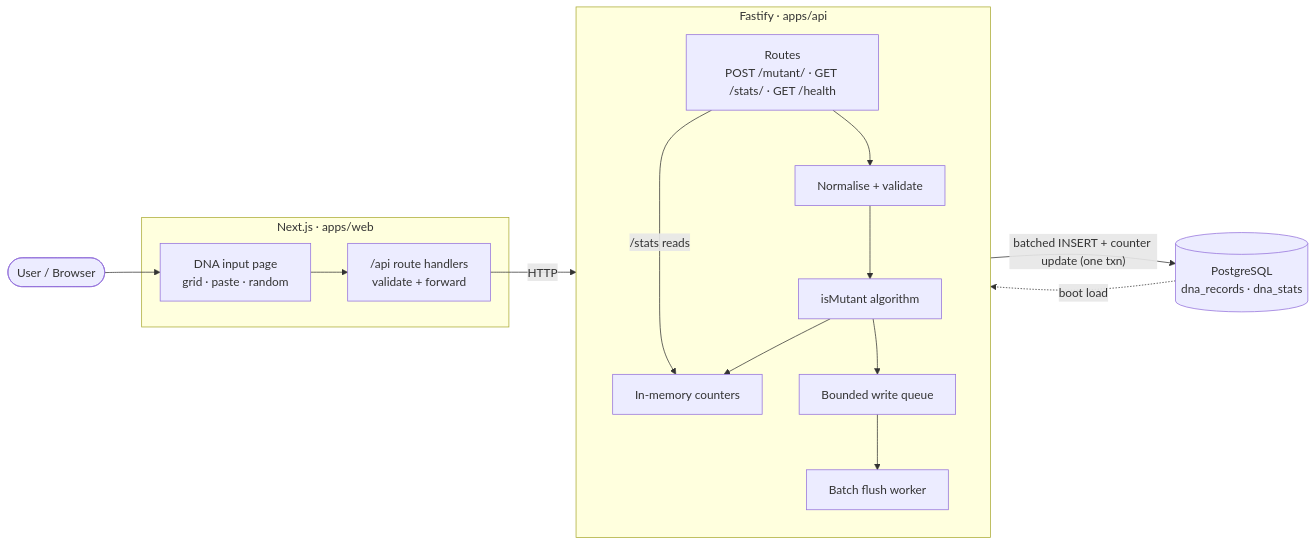
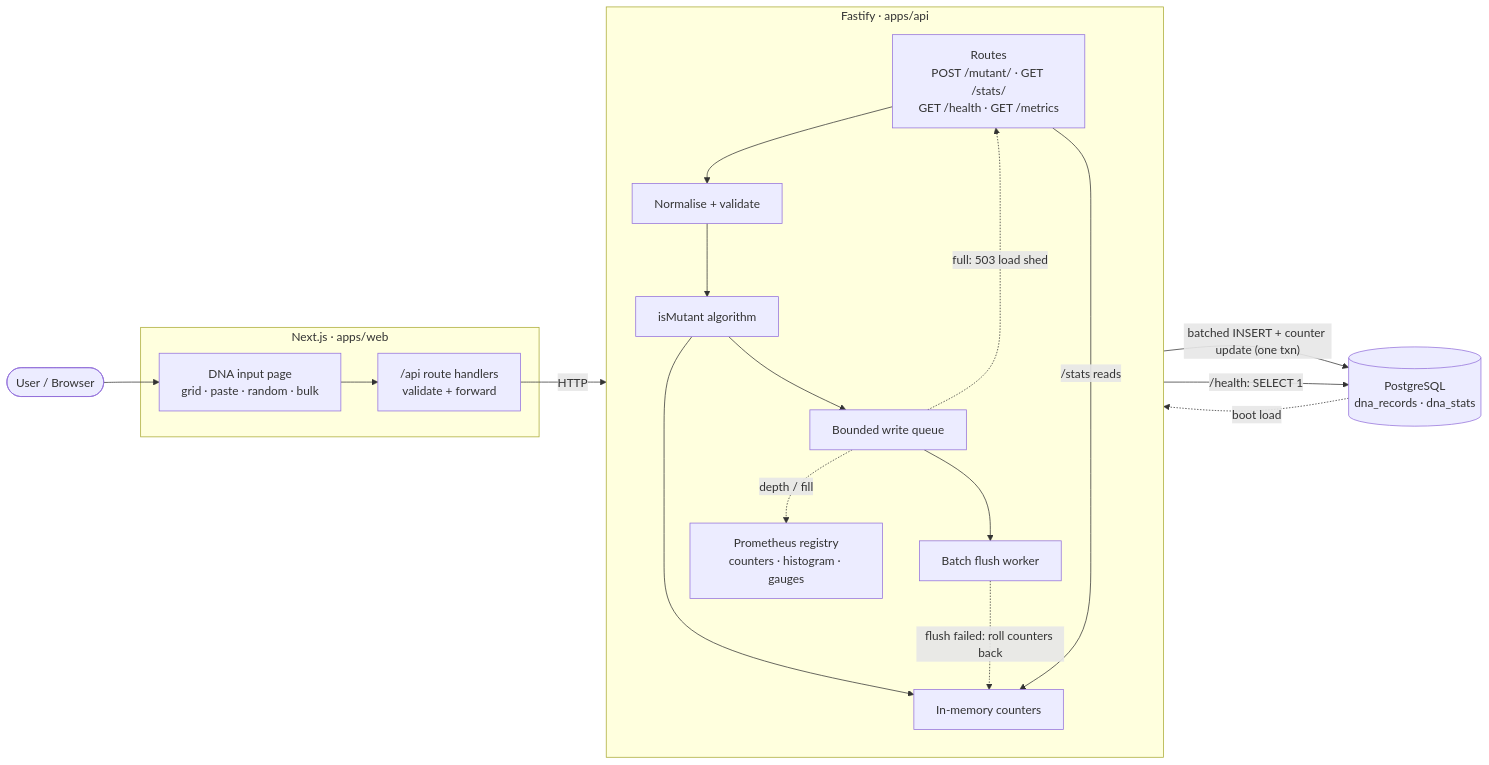
Before and after one commit to neeleshj/rif: the first of 5 diagrams in ARCHITECTURE.md, drawn with Mermaid. The commit also changed other lines of this file and 6 other files, not shown here.

First line of the commit message:
docs: bring the architecture and plan back in line with the build

````diff
--- a/ARCHITECTURE.md
+++ b/ARCHITECTURE.md
@@ -22,29 +22,34 @@
 ```mermaid
 flowchart LR
     User([User / Browser])
 
     subgraph Web["Next.js  ·  apps/web"]
-        UI["DNA input page<br/>grid · paste · random"]
+        UI["DNA input page<br/>grid · paste · random · bulk"]
         APIR["/api route handlers<br/>validate + forward"]
     end
 
     subgraph API["Fastify  ·  apps/api"]
         direction TB
-        RT["Routes<br/>POST /mutant/ · GET /stats/ · GET /health"]
+        RT["Routes<br/>POST /mutant/ · GET /stats/<br/>GET /health · GET /metrics"]
         VAL["Normalise + validate"]
         ALG["isMutant algorithm"]
         CNT["In-memory counters"]
         Q["Bounded write queue"]
         W["Batch flush worker"]
+        MET["Prometheus registry<br/>counters · histogram · gauges"]
     end
 
     DB[("PostgreSQL<br/>dna_records · dna_stats")]
 
     User --> UI --> APIR -->|HTTP| RT
     RT --> VAL --> ALG
     ALG --> CNT
     ALG --> Q
     Q --> W -->|"batched INSERT + counter update (one txn)"| DB
+    W -.->|"flush failed: roll counters back"| CNT
+    Q -.->|"full: 503 load shed"| RT
     RT -->|"/stats reads"| CNT
+    RT -->|"/health: SELECT 1"| DB
+    Q -.->|depth / fill| MET
     DB -.->|boot load| CNT
 ```
````
